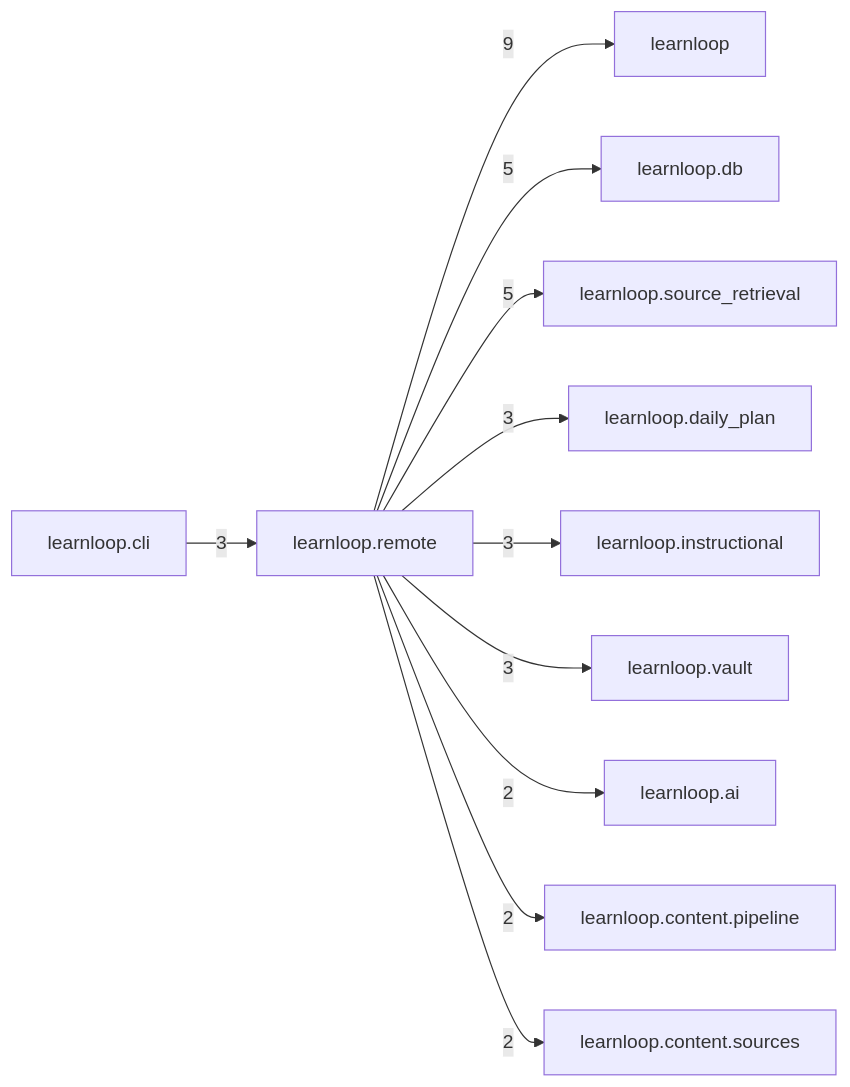
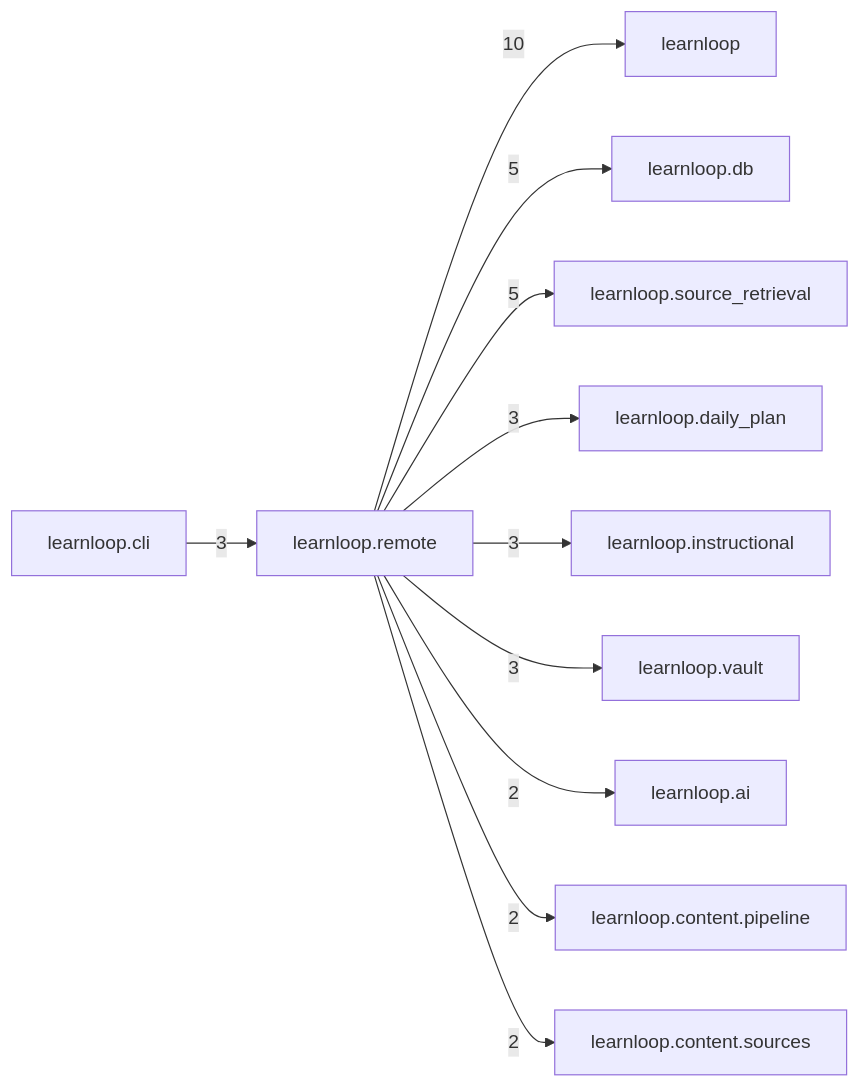
The diagram in docs/learnloop-architecture-vault/Reference/Modules/learnloop/remote/_package.md (6up-b/learnanything), drawn with Mermaid before and after one commit. The commit also changed other lines of this file and 42 other files, not shown here.

````diff
--- a/docs/learnloop-architecture-vault/Reference/Modules/learnloop/remote/_package.md
+++ b/docs/learnloop-architecture-vault/Reference/Modules/learnloop/remote/_package.md
@@ -88,24 +88,24 @@
 ```mermaid
 flowchart LR
     center["learnloop.remote"]
     n_learnloop["learnloop"]
     n_learnloop_db["learnloop.db"]
     n_learnloop_source_retrieval["learnloop.source_retrieval"]
     n_learnloop_cli["learnloop.cli"]
     n_learnloop_daily_plan["learnloop.daily_plan"]
     n_learnloop_instructional["learnloop.instructional"]
     n_learnloop_vault["learnloop.vault"]
     n_learnloop_ai["learnloop.ai"]
     n_learnloop_content_pipeline["learnloop.content.pipeline"]
     n_learnloop_content_sources["learnloop.content.sources"]
-    center -->|9| n_learnloop
+    center -->|10| n_learnloop
     center -->|5| n_learnloop_db
     center -->|5| n_learnloop_source_retrieval
     n_learnloop_cli -->|3| center
     center -->|3| n_learnloop_daily_plan
     center -->|3| n_learnloop_instructional
     center -->|3| n_learnloop_vault
     center -->|2| n_learnloop_ai
     center -->|2| n_learnloop_content_pipeline
     center -->|2| n_learnloop_content_sources
 ```
````
